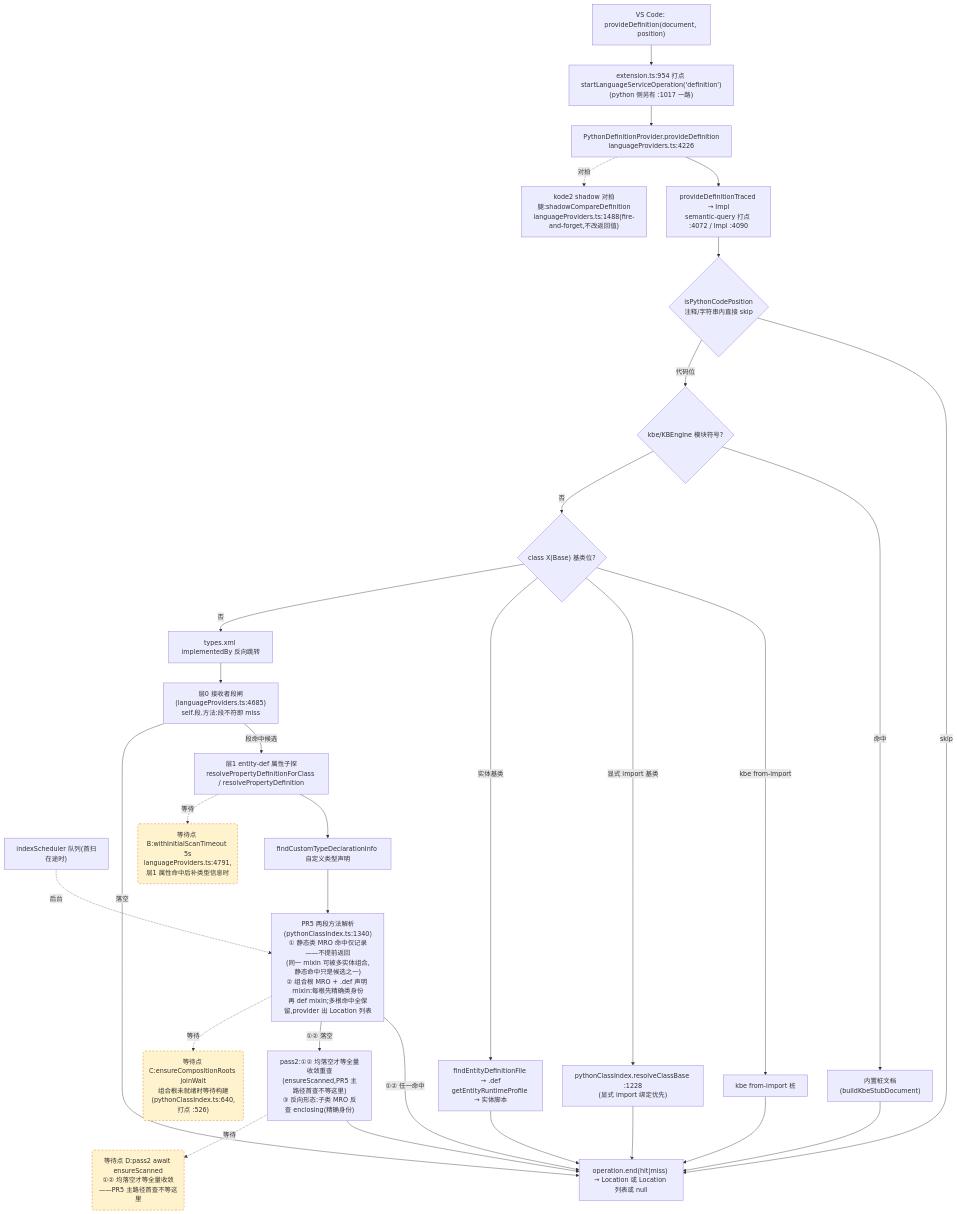
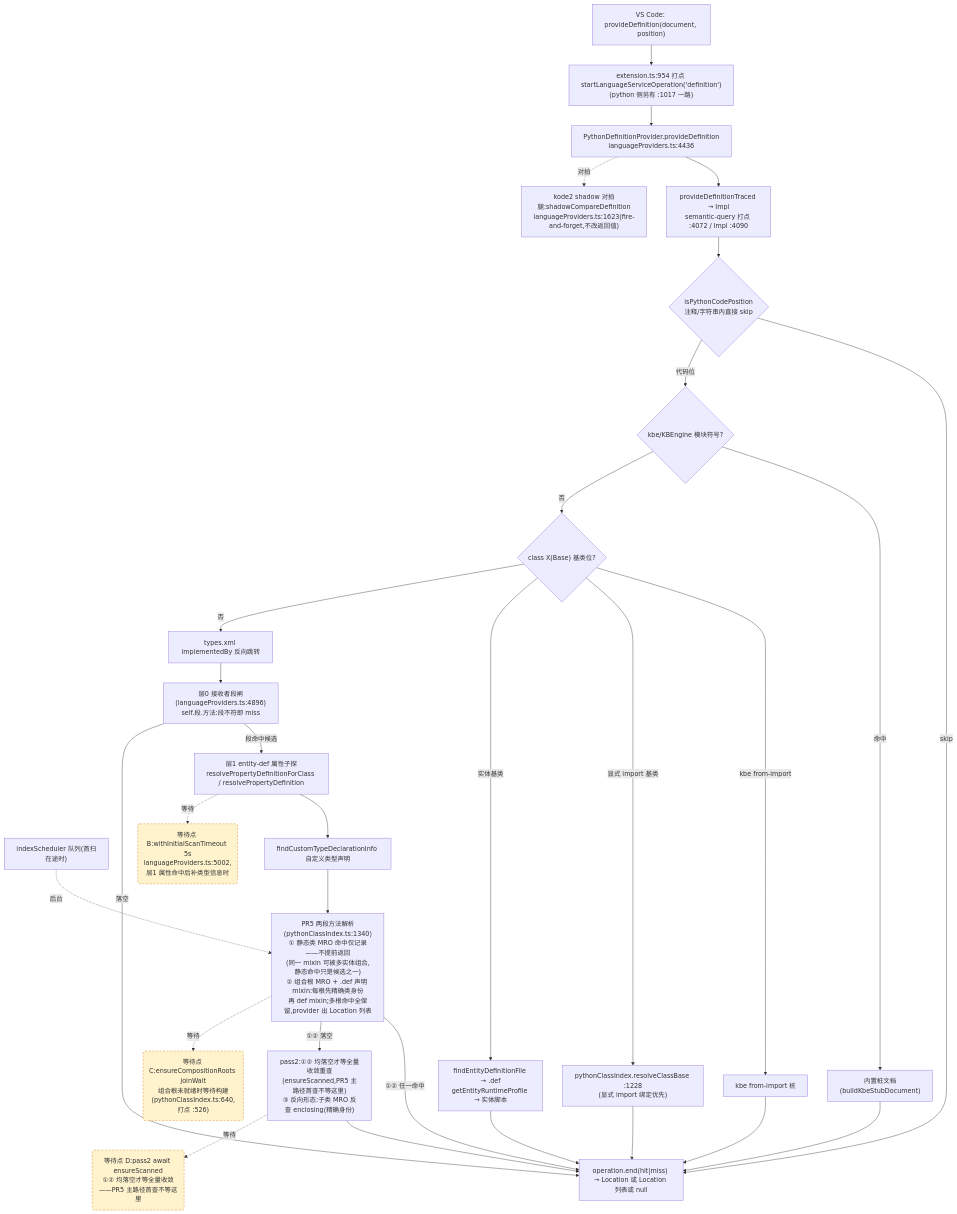
Before and after one commit to cuihairu/kode: the second of 4 diagrams in docs/perf/2026-baseline.md, drawn with Mermaid. The commit also changed other lines of this file and 16 other files, not shown here.

````diff
--- a/docs/perf/2026-baseline.md
+++ b/docs/perf/2026-baseline.md
@@ -130,51 +130,51 @@
 ```mermaid
 flowchart TD
   VC2["VS Code: provideDefinition(document, position)"]
   M2["extension.ts:954 打点 startLanguageServiceOperation('definition')<br/>(python 侧另有 :1017 一路)"]
-  AD2["PythonDefinitionProvider.provideDefinition<br/>languageProviders.ts:4226"]
+  AD2["PythonDefinitionProvider.provideDefinition<br/>languageProviders.ts:4436"]
   TR["provideDefinitionTraced → Impl<br/>semantic-query 打点 :4072 / Impl :4090"]
   CTX{"isPythonCodePosition<br/>注释/字符串内直接 skip"}
   KBE{"kbe/KBEngine 模块符号?"}
   STUB["内置桩文档(buildKbeStubDocument)"]
   CB{"class X(Base) 基类位?"}
   CB1["kbe from-import 桩"]
   CB2["pythonClassIndex.resolveClassBase :1228<br/>(显式 import 绑定优先)"]
   CB3["findEntityDefinitionFile → .def<br/>getEntityRuntimeProfile → 实体脚本"]
   REV["types.xml implementedBy 反向跳转"]
-  L0["层0 接收者段闸(languageProviders.ts:4685)<br/>self.段.方法:段不符即 miss"]
+  L0["层0 接收者段闸(languageProviders.ts:4896)<br/>self.段.方法:段不符即 miss"]
   L1["层1 entity-def 属性子探<br/>resolvePropertyDefinitionForClass / resolvePropertyDefinition"]
   SCAN["indexScheduler 队列(首扫在途时)"]
   TY["findCustomTypeDeclarationInfo 自定义类型声明"]
   MRO["PR5 两段方法解析(pythonClassIndex.ts:1340)<br/>① 静态类 MRO 命中仅记录——不提前返回<br/>(同一 mixin 可被多实体组合,静态命中只是候选之一)<br/>② 组合根 MRO + .def 声明 mixin:每根先精确类身份<br/>再 def mixin;多根命中全保留,provider 出 Location 列表"]
   PASS2["pass2:①② 均落空才等全量收敛重查<br/>(ensureScanned,PR5 主路径首查不等这里)<br/>③ 反向形态:子类 MRO 反查 enclosing(精确身份)"]
-  SHD["kode2 shadow 对拍腿:shadowCompareDefinition<br/>languageProviders.ts:1488(fire-and-forget,不改返回值)"]
+  SHD["kode2 shadow 对拍腿:shadowCompareDefinition<br/>languageProviders.ts:1623(fire-and-forget,不改返回值)"]
   END2["operation.end(hit|miss) → Location 或 Location 列表或 null"]
 
   VC2 --> M2 --> AD2 --> TR --> CTX
   CTX -- "skip" --> END2
   CTX -- "代码位" --> KBE
   KBE -- "命中" --> STUB --> END2
   KBE -- "否" --> CB
   CB -- "kbe from-import" --> CB1 --> END2
   CB -- "显式 import 基类" --> CB2 --> END2
   CB -- "实体基类" --> CB3 --> END2
   CB -- "否" --> REV --> L0
   L0 -- "段命中候选" --> L1
   L0 -- "落空" --> END2
   L1 --> TY
   TY --> MRO
   MRO -- "①② 任一命中" --> END2
   MRO -- "①② 落空" --> PASS2 --> END2
   AD2 -.->|对拍| SHD
 
-  WAITB("等待点 B:withInitialScanTimeout 5s<br/>languageProviders.ts:4791,层1 属性命中后补类型信息时")
+  WAITB("等待点 B:withInitialScanTimeout 5s<br/>languageProviders.ts:5002,层1 属性命中后补类型信息时")
   WAITC("等待点 C:ensureCompositionRoots joinWait<br/>组合根未就绪时等待构建(pythonClassIndex.ts:640,打点 :526)")
   WAITD("等待点 D:pass2 await ensureScanned<br/>①② 均落空才等全量收敛——PR5 主路径首查不等这里")
   L1 -.->|等待| WAITB
   MRO -.->|等待| WAITC
   PASS2 -.->|等待| WAITD
   SCAN -.->|后台| MRO
 
   classDef waitPoint fill:#fff3cd,stroke:#d97706,stroke-dasharray:5 4;
   class WAITB,WAITC,WAITD waitPoint;
 ```
````
